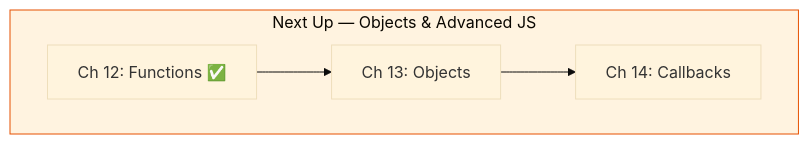
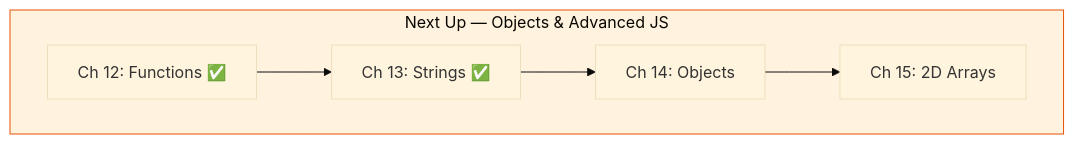
One commit to harsh-0541/LearnPlaywrightBatch2x changed diagram 31 of 33 in README.md. Above: the diagram before and after it, drawn with Mermaid (base theme). The commit also changed other lines of this file and 9 other files, not shown here.

````diff
--- a/README.md
+++ b/README.md
@@ -2421,9 +2664,10 @@
 ```mermaid
 graph TD
     subgraph next["Next Up — Objects & Advanced JS"]
-        N1[Ch 12: Functions ✅] --> N2[Ch 13: Objects]
-        N2 --> N3[Ch 14: Callbacks]
+        N1[Ch 12: Functions ✅] --> N2[Ch 13: Strings ✅]
+        N2 --> N3[Ch 14: Objects]
+        N3 --> N4[Ch 15: 2D Arrays]
     end
 
     style next fill:#fff3e0,stroke:#e65100
 ```
````
